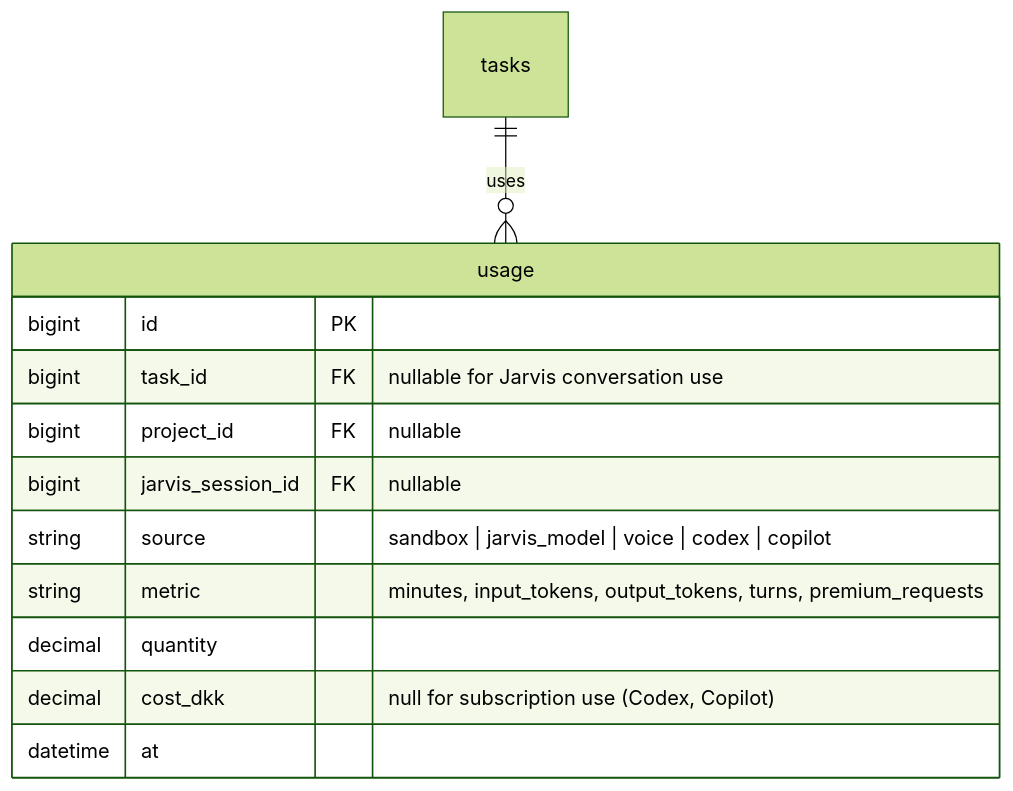
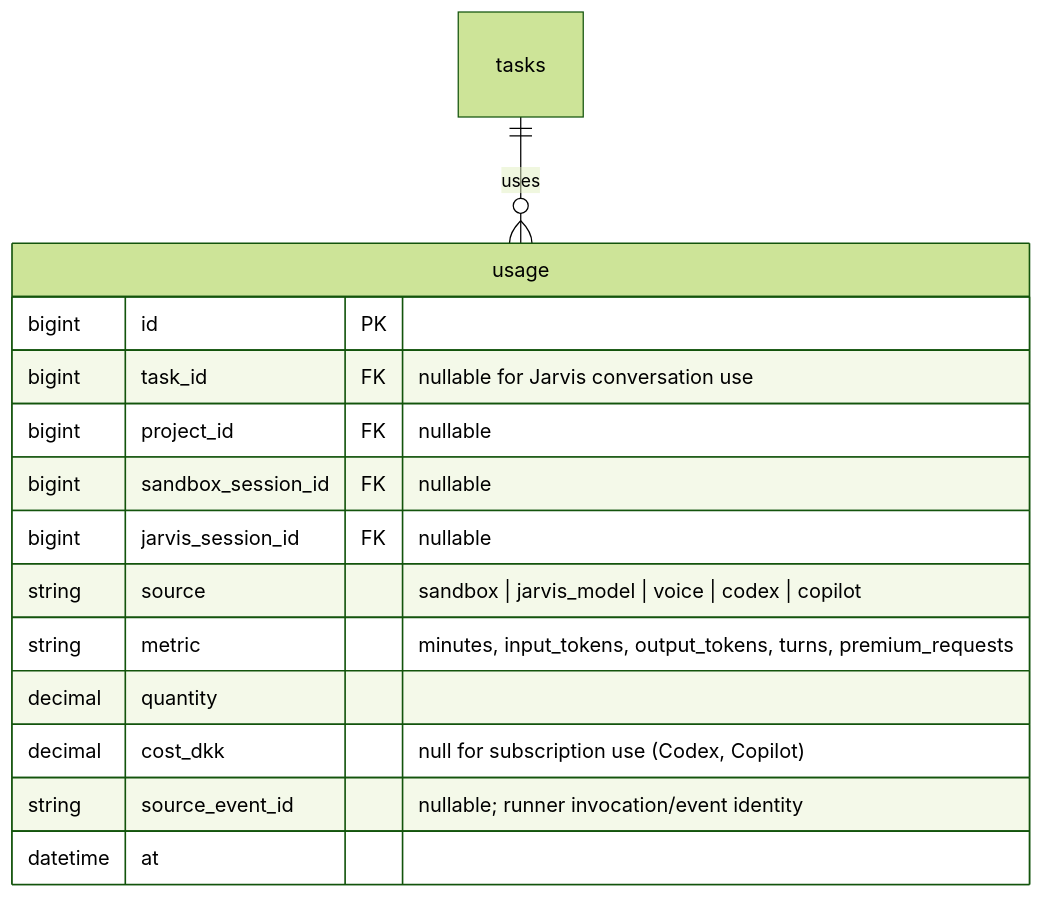
Before and after one commit to DanAakesen/jarvis: the eighth of 8 diagrams in docs/data-model.md, drawn with Mermaid (forest theme). The commit also changed other lines of this file and 19 other files, not shown here.

````diff
--- a/docs/data-model.md
+++ b/docs/data-model.md
@@ -394,15 +394,17 @@
 ```mermaid
 erDiagram
     tasks ||--o{ usage : "uses"
     usage {
         bigint id PK
         bigint task_id FK "nullable for Jarvis conversation use"
         bigint project_id FK "nullable"
+        bigint sandbox_session_id FK "nullable"
         bigint jarvis_session_id FK "nullable"
         string source "sandbox | jarvis_model | voice | codex | copilot"
         string metric "minutes, input_tokens, output_tokens, turns, premium_requests"
         decimal quantity
         decimal cost_dkk "null for subscription use (Codex, Copilot)"
+        string source_event_id "nullable; runner invocation/event identity"
         datetime at
     }
 ```
````
